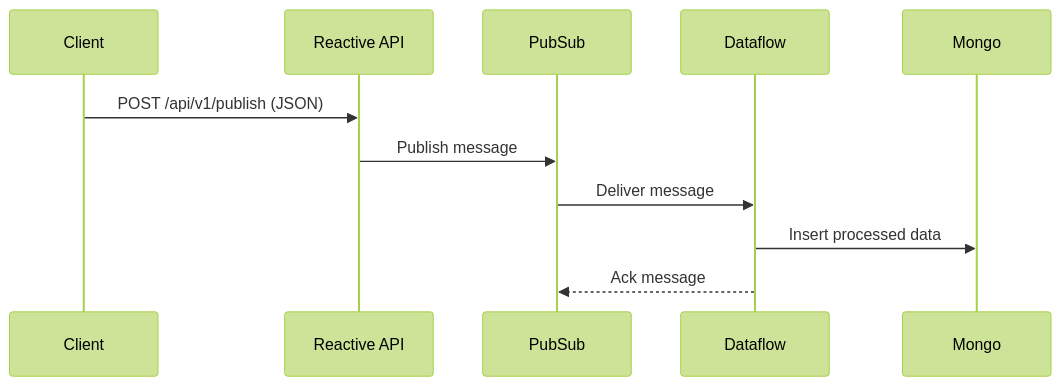
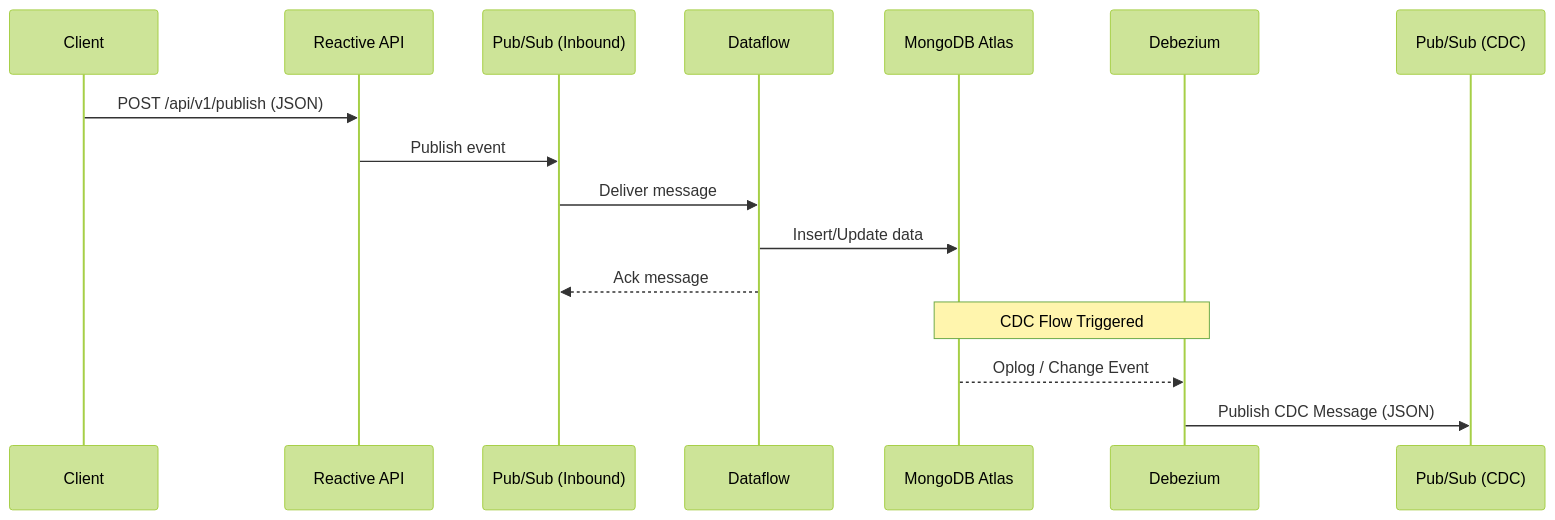
One commit to gb225-tb/tb-catalog-poc changed the second of 2 diagrams in README.md. Above: the diagram before and after it, drawn with Mermaid (forest theme). The commit also changed other lines of this file, not shown here.

````diff
--- a/README.md
+++ b/README.md
@@ -28,14 +33,20 @@
 ```mermaid
 sequenceDiagram
     participant Client
     participant API as Reactive API
-    participant PubSub
+    participant PubSub_In as Pub/Sub (Inbound)
     participant Dataflow
-    participant Mongo
+    participant Mongo as MongoDB Atlas
+    participant Debezium
+    participant PubSub_Out as Pub/Sub (CDC)
 
     Client->>API: POST /api/v1/publish (JSON)
-    API->>PubSub: Publish message
-    PubSub->>Dataflow: Deliver message
-    Dataflow->>Mongo: Insert processed data
-    Dataflow-->>PubSub: Ack message
+    API->>PubSub_In: Publish event
+    PubSub_In->>Dataflow: Deliver message
+    Dataflow->>Mongo: Insert/Update data
+    Dataflow-->>PubSub_In: Ack message
+    
+    Note over Mongo, Debezium: CDC Flow Triggered
+    Mongo-->>Debezium: Oplog / Change Event
+    Debezium->>PubSub_Out: Publish CDC Message (JSON)
 ```
````
